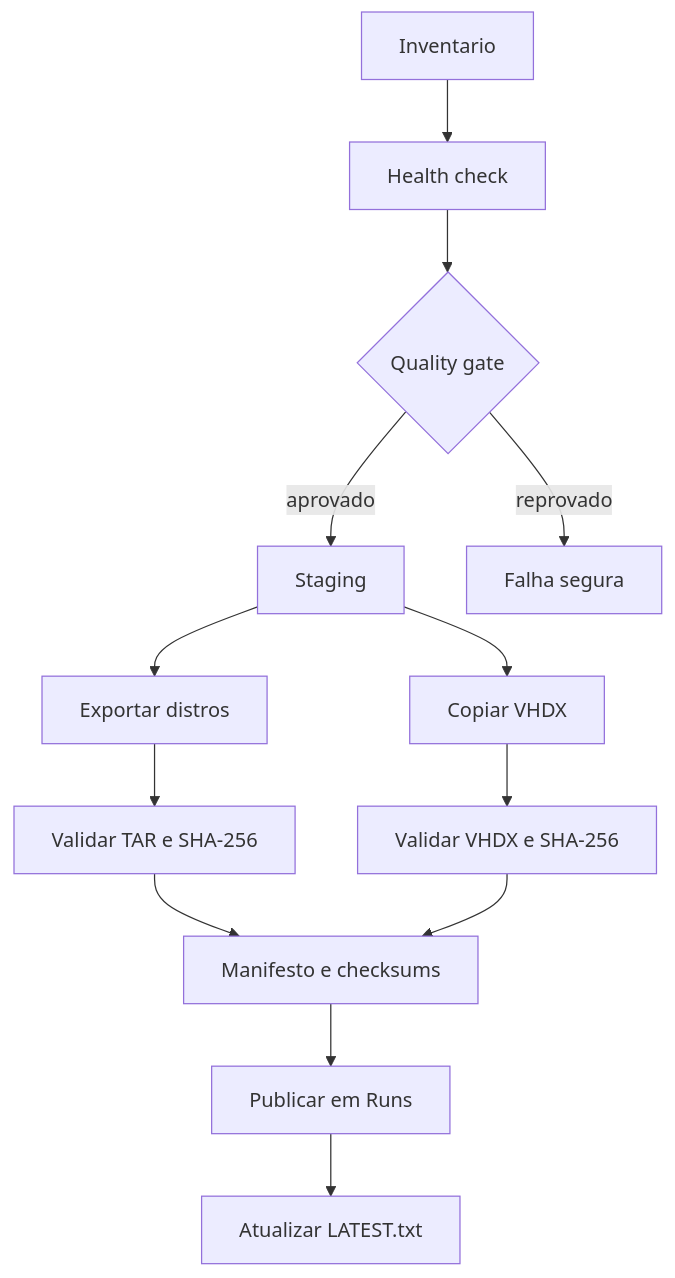
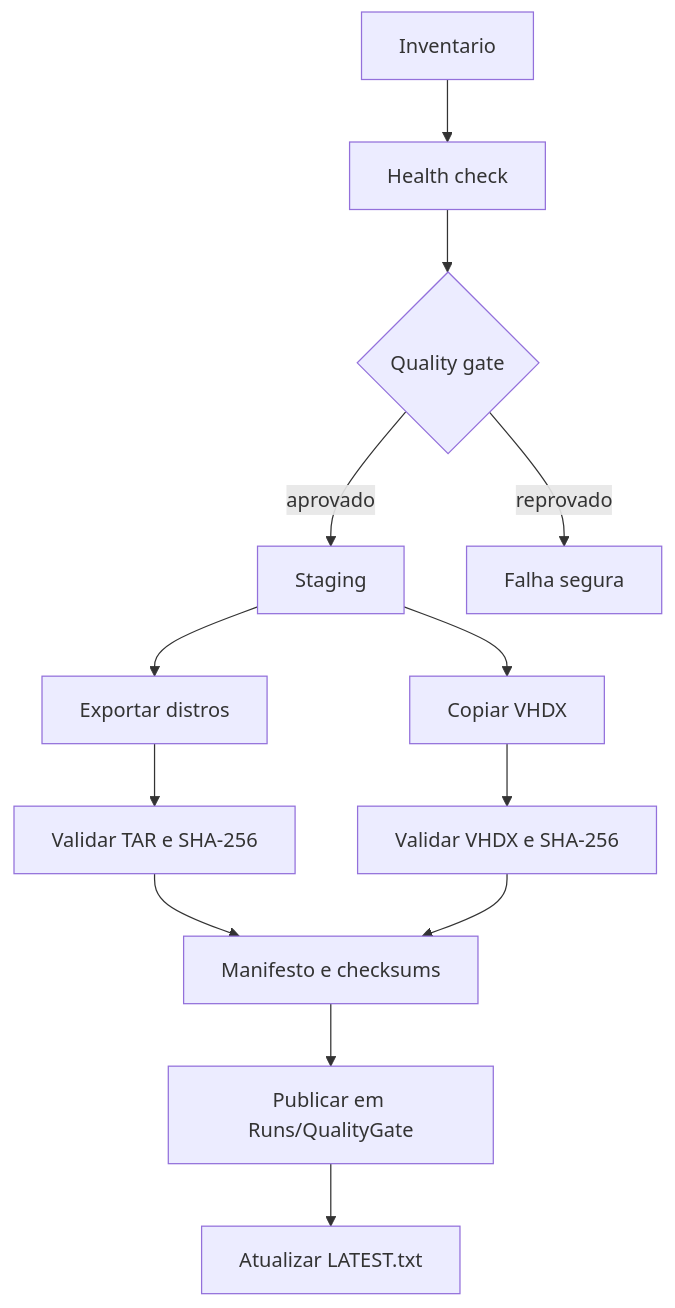
Before and after one commit to LuizFernandoDeveloper/Backup_wsl-: the diagram in docs/ARCHITECTURE.md, drawn with Mermaid. The commit also changed other lines of this file and 6 other files, not shown here.

Commit message:
feat: organize backup runs by quality

````diff
--- a/docs/ARCHITECTURE.md
+++ b/docs/ARCHITECTURE.md
@@ -5,15 +5,15 @@
 ```mermaid
 flowchart TD
     A["Inventario"] --> B["Health check"]
     B --> C{"Quality gate"}
     C -->|"aprovado"| D["Staging"]
     C -->|"reprovado"| E["Falha segura"]
     D --> F["Exportar distros"]
     D --> G["Copiar VHDX"]
     F --> H["Validar TAR e SHA-256"]
     G --> I["Validar VHDX e SHA-256"]
     H --> J["Manifesto e checksums"]
     I --> J
-    J --> K["Publicar em Runs"]
+    J --> K["Publicar em Runs/QualityGate"]
     K --> L["Atualizar LATEST.txt"]
 ```
````
